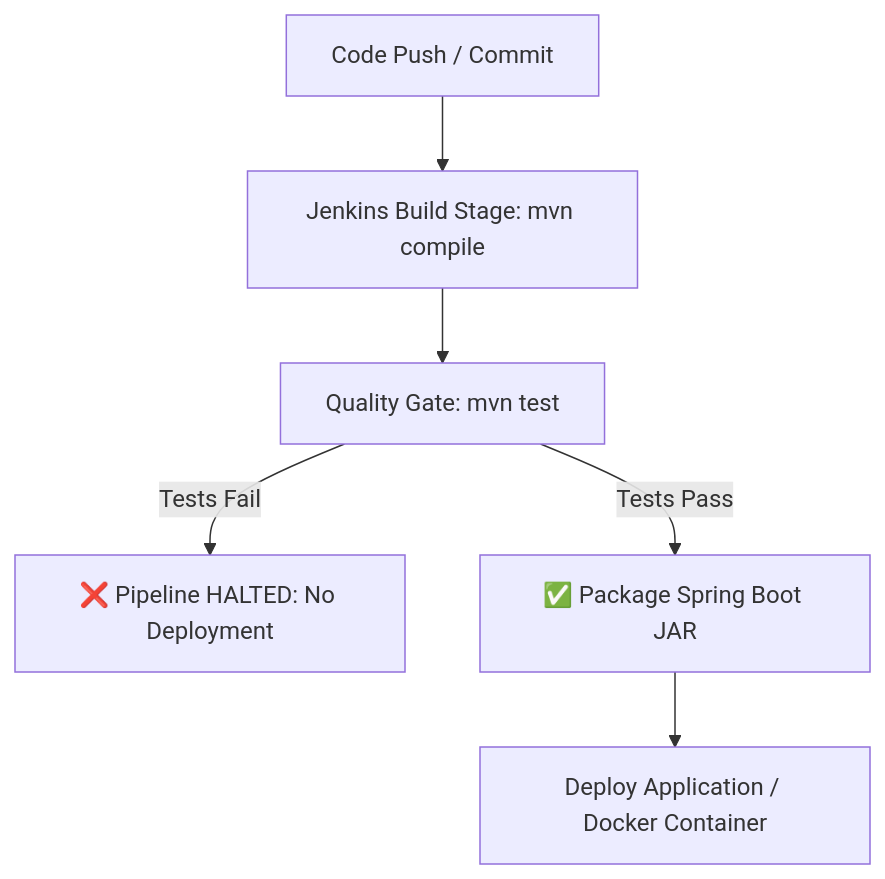
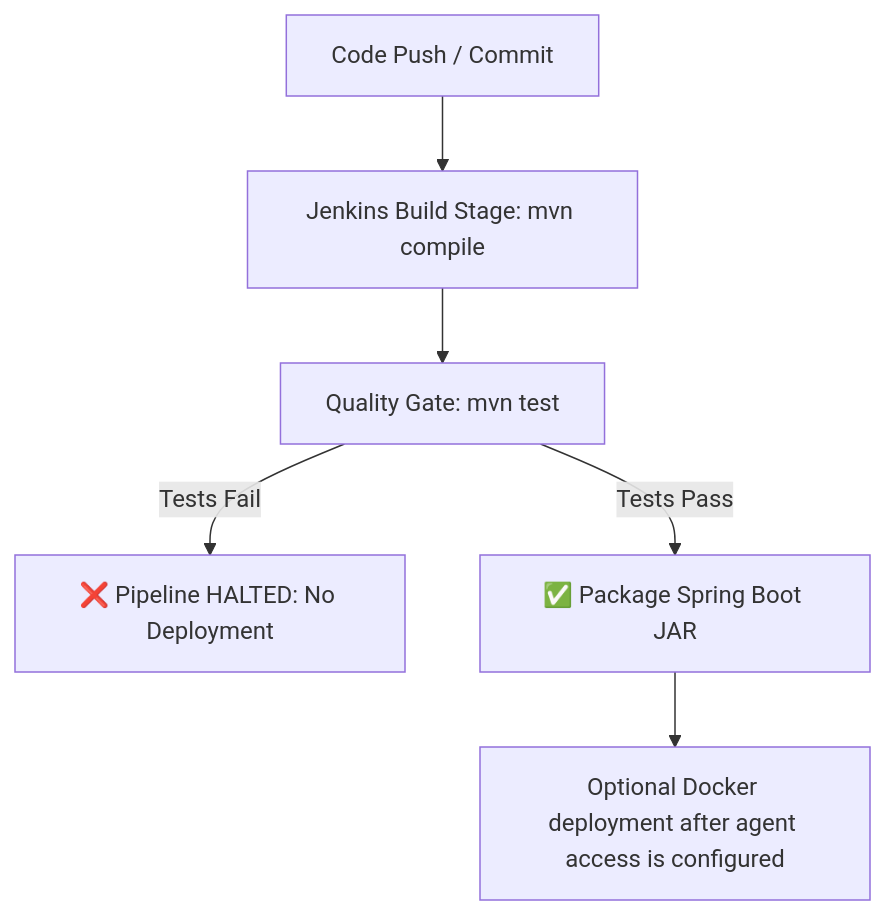
One commit to Chetan-Katkar/DevOPs-Project changed the diagram in Task-10_Continuous-Testing/quality_gate_docs.md. Above: the diagram before and after it, drawn with Mermaid. The commit also changed other lines of this file and 11 other files, not shown here.

````diff
--- a/Task-10_Continuous-Testing/quality_gate_docs.md
+++ b/Task-10_Continuous-Testing/quality_gate_docs.md
@@ -12,8 +12,8 @@
 ```mermaid
 flowchart TD
     A[Code Push / Commit] --> B[Jenkins Build Stage: mvn compile]
     B --> C[Quality Gate: mvn test]
     C -->|Tests Fail| D[❌ Pipeline HALTED: No Deployment]
     C -->|Tests Pass| E[✅ Package Spring Boot JAR]
-    E --> F[Deploy Application / Docker Container]
+    E --> F[Optional Docker deployment after agent access is configured]
 ```
````
